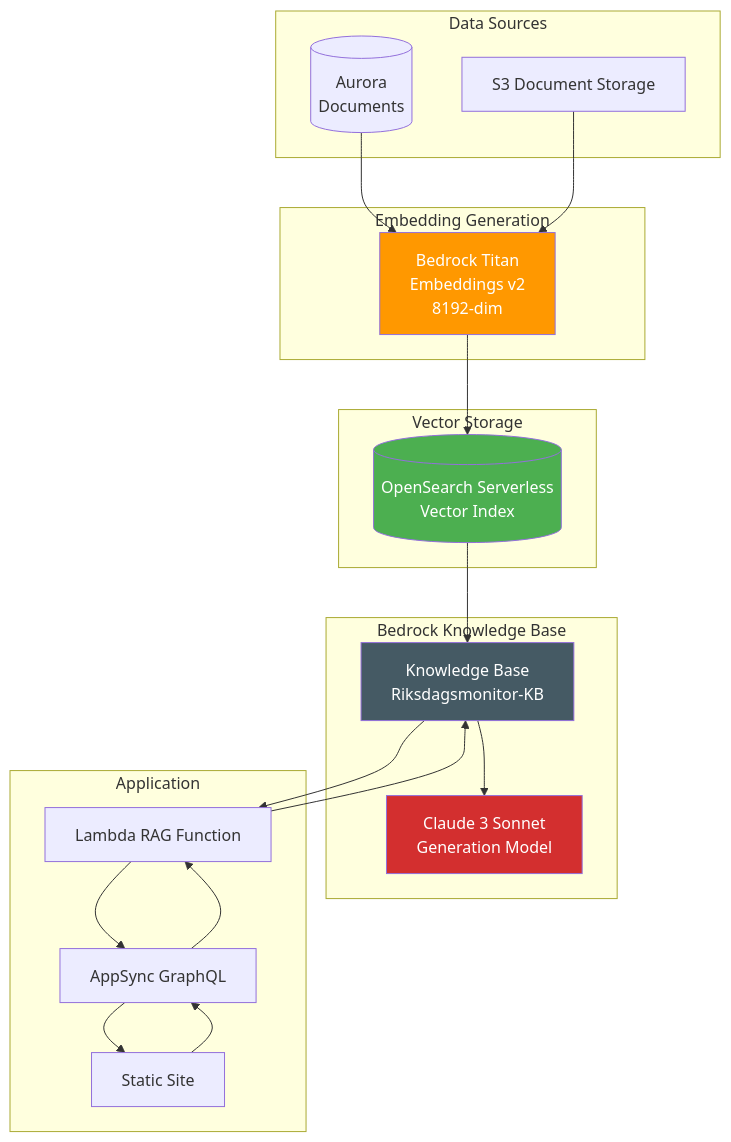
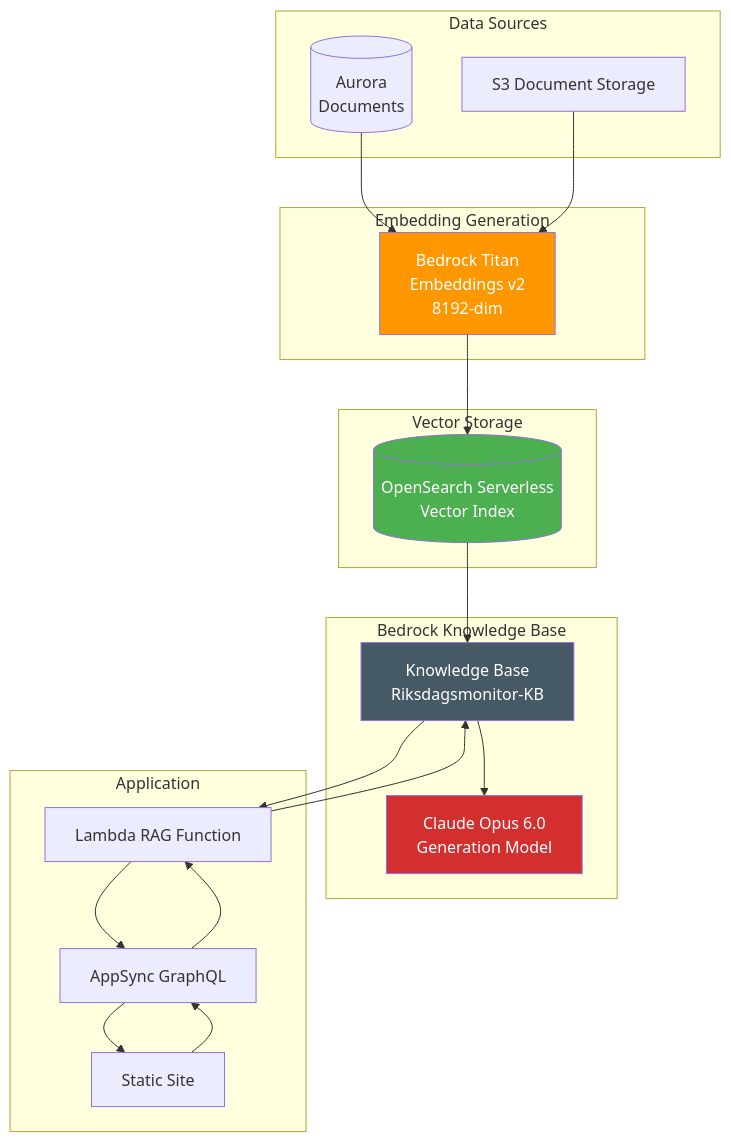
The sixth of 8 diagrams in FUTURE_DATA_MODEL.md (Hack23/riksdagsmonitor), drawn with Mermaid before and after one commit. The commit also changed other lines of this file, not shown here.

Commit message:
docs: Fix FUTURE_DATA_MODEL.md anachronistic models + technical issues

````diff
--- a/FUTURE_DATA_MODEL.md
+++ b/FUTURE_DATA_MODEL.md
@@ -1284,45 +1295,45 @@
 ```mermaid
 graph TB
     subgraph "Data Sources"
         Aurora_DB[(Aurora<br/>Documents)]
         S3_Docs[S3 Document Storage]
     end
     
     subgraph "Embedding Generation"
         Bedrock_Titan[Bedrock Titan<br/>Embeddings v2<br/>8192-dim]
     end
     
     subgraph "Vector Storage"
         OpenSearch_VS[(OpenSearch Serverless<br/>Vector Index)]
     end
     
     subgraph "Bedrock Knowledge Base"
         KB[Knowledge Base<br/>Riksdagsmonitor-KB]
-        Claude[Claude 3 Sonnet<br/>Generation Model]
+        Claude[Claude Opus 6.0<br/>Generation Model]
     end
     
     subgraph "Application"
         AppSync_API[AppSync GraphQL]
         Lambda_RAG[Lambda RAG Function]
         Client[Static Site]
     end
     
     Aurora_DB --> Bedrock_Titan
     S3_Docs --> Bedrock_Titan
     Bedrock_Titan --> OpenSearch_VS
     
     OpenSearch_VS --> KB
     KB --> Claude
     
     Client --> AppSync_API
     AppSync_API --> Lambda_RAG
     Lambda_RAG --> KB
     KB --> Lambda_RAG
     Lambda_RAG --> AppSync_API
     AppSync_API --> Client
     
     style Bedrock_Titan fill:#FF9800,color:#fff
     style OpenSearch_VS fill:#4CAF50,color:#fff
     style KB fill:#455A64,color:#fff
     style Claude fill:#D32F2F,color:#fff
 ```
````
